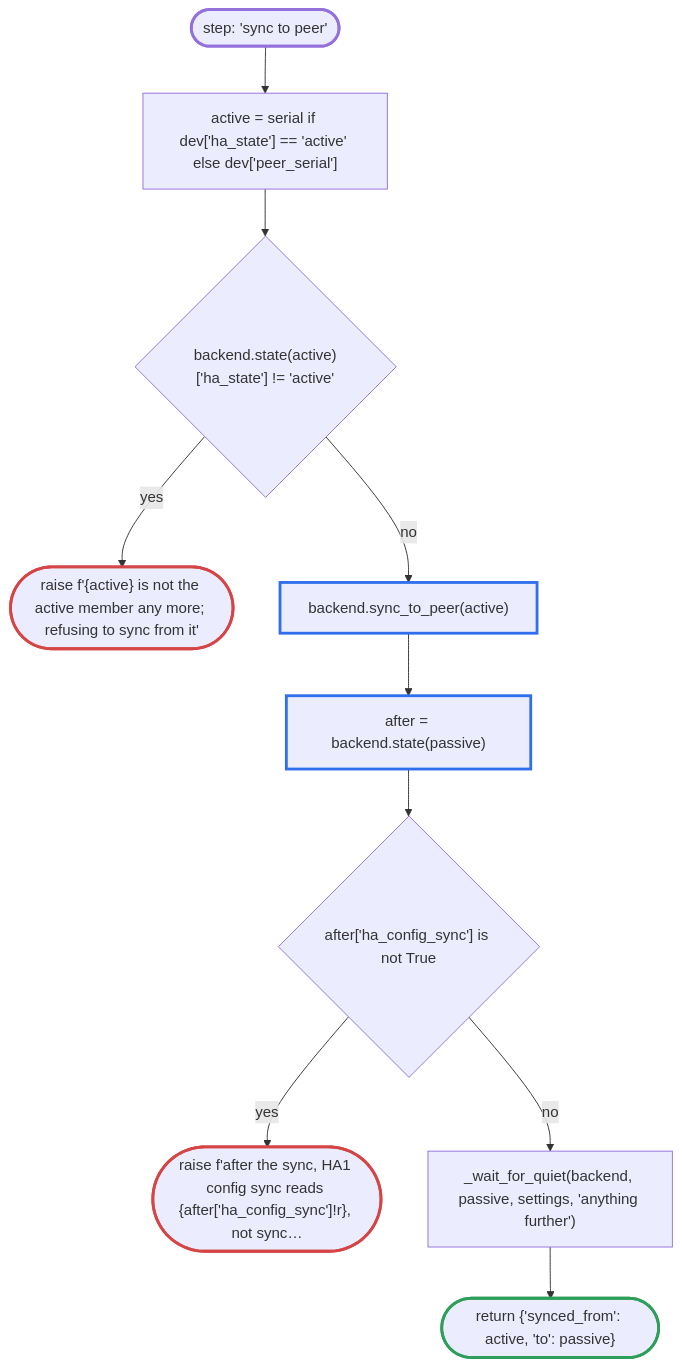
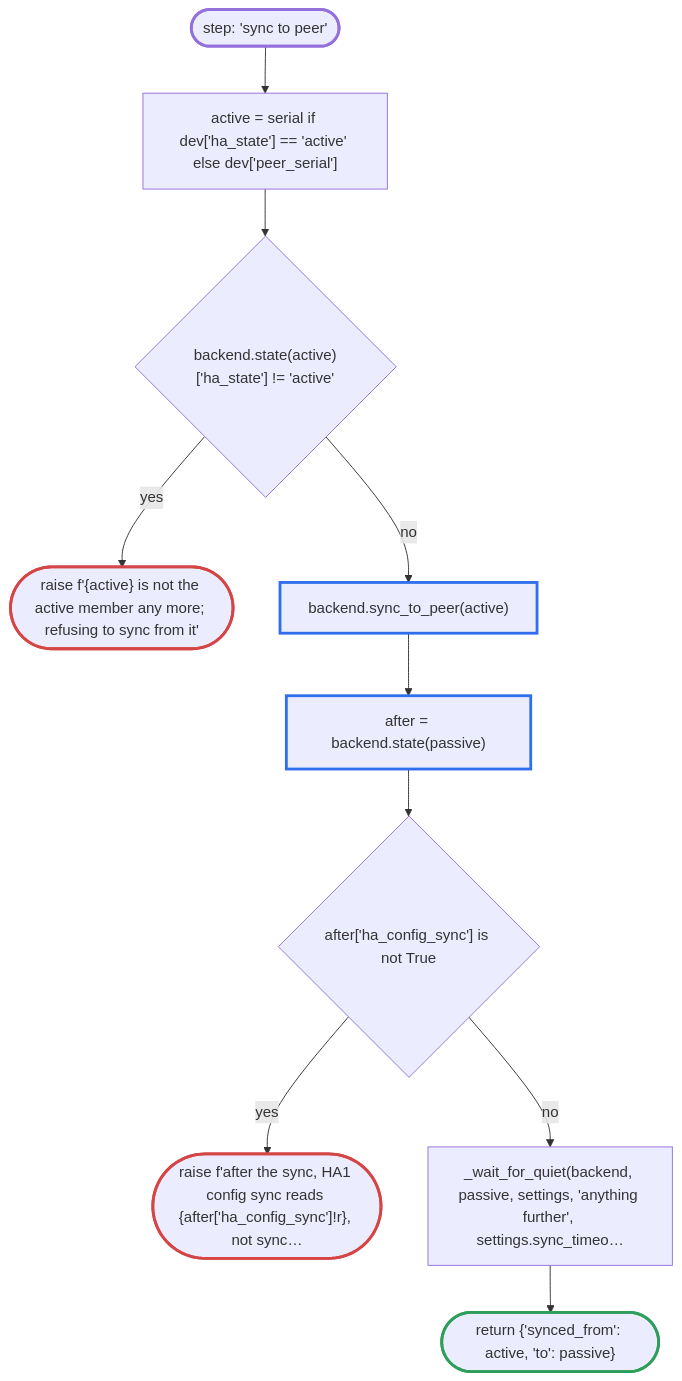
Before and after one commit to fettigcj/panUpgrade: the ninth of 19 diagrams in docs/flow/upgrade.md, drawn with Mermaid. The commit also changed other lines of this file and 9 other files, not shown here.

````diff
--- a/docs/flow/upgrade.md
+++ b/docs/flow/upgrade.md
@@ -374,33 +374,33 @@
 ```mermaid
 flowchart TD
     d3_1(["step: 'sync to peer'"])
     d3_2["active = serial if dev['ha_state'] == 'active' else dev['peer_serial']"]
     d3_3{"backend.state(active)['ha_state'] != 'active'"}
     d3_4(["raise f'{active} is not the active member any more; refusing to sync from it'"])
     d3_5["backend.sync_to_peer(active)"]
     d3_6["after = backend.state(passive)"]
     d3_7{"after['ha_config_sync'] is not True"}
     d3_8(["raise f'after the sync, HA1 config sync reads {after['ha_config_sync']!r}, not sync…"])
-    d3_9["_wait_for_quiet(backend, passive, settings, 'anything further')"]
+    d3_9["_wait_for_quiet(backend, passive, settings, 'anything further', settings.sync_timeo…"]
     d3_10(["return {'synced_from': active, 'to': passive}"])
     d3_1 --> d3_2
     d3_2 --> d3_3
     d3_3 -->|yes| d3_4
     d3_3 -->|no| d3_5
     d3_5 --> d3_6
     d3_6 --> d3_7
     d3_7 -->|yes| d3_8
     d3_7 -->|no| d3_9
     d3_9 --> d3_10
     classDef api stroke:#2f6fed,stroke-width:3px
     classDef refuse stroke:#d64545,stroke-width:3px
     classDef done stroke:#2e9e5b,stroke-width:3px
     classDef step stroke:#e0a020,stroke-width:3px
     classDef entry stroke-width:3px
     class d3_1 entry
     class d3_4 refuse
     class d3_5 api
     class d3_6 api
     class d3_8 refuse
     class d3_10 done
 ```
````
